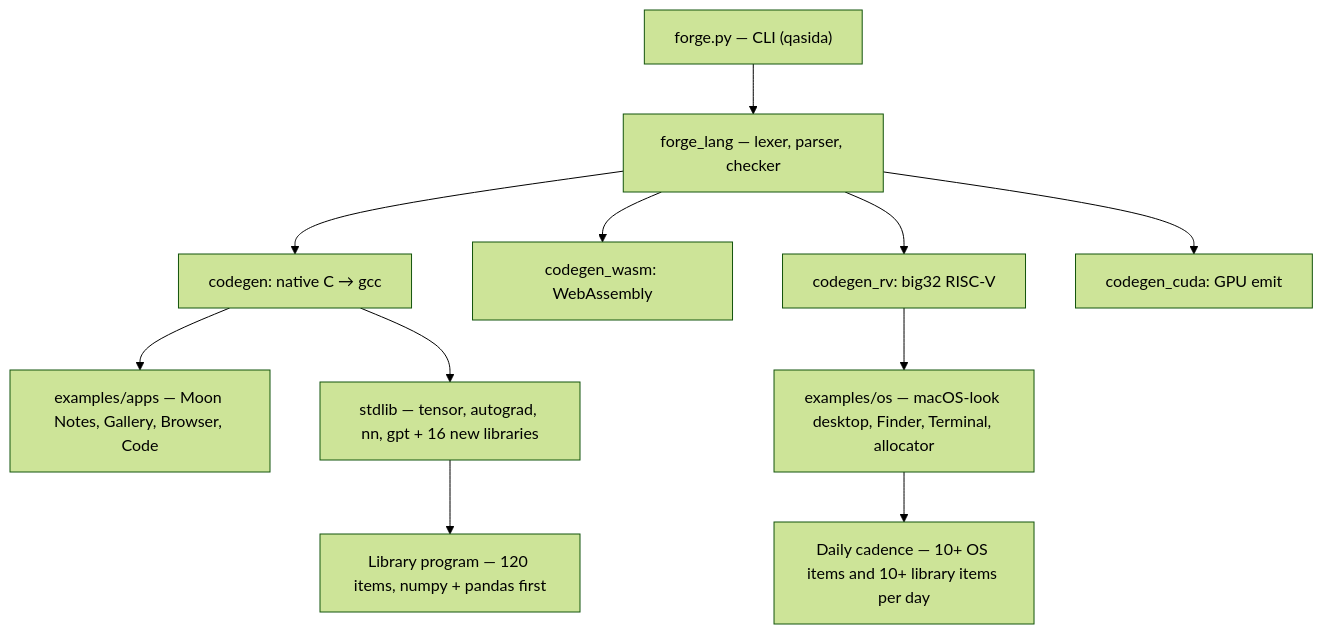
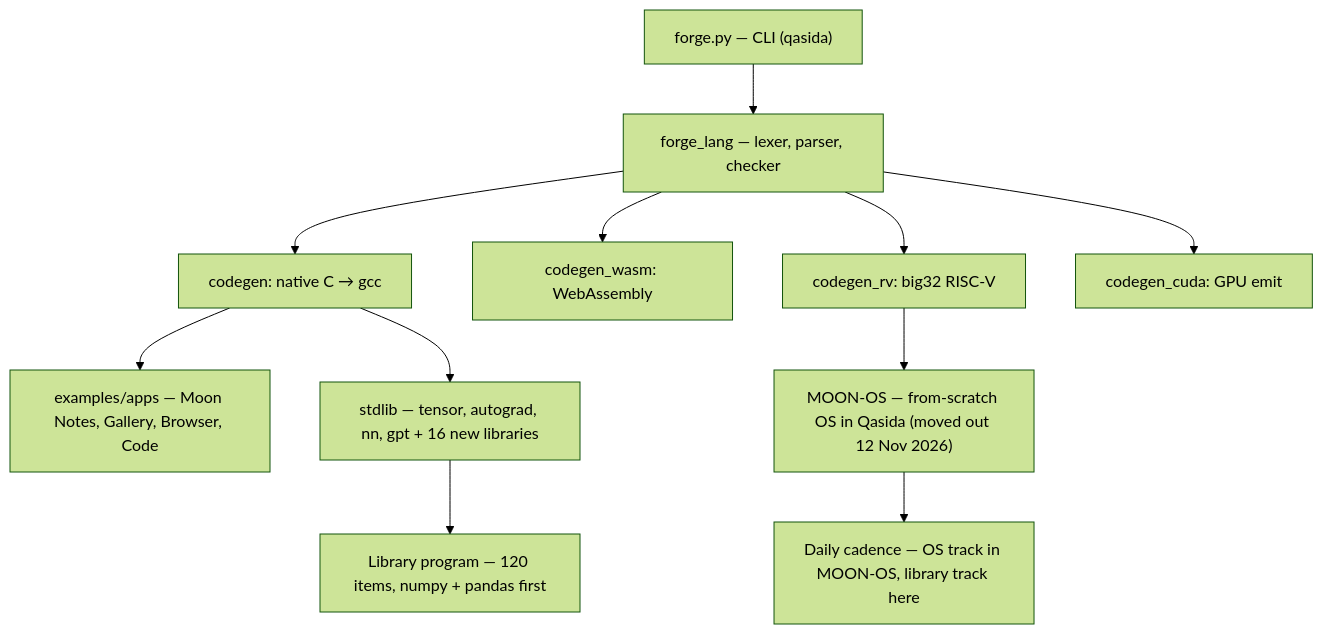
One commit to themythofsisyphusjayant/RED-MOON- changed the second of 2 diagrams in README.md. Above: the diagram before and after it, drawn with Mermaid (forest theme). The commit also changed 313 other files, not shown here.

Commit message:
Qasida 2.2.0: compiler speed program (Steps 2-6) + OS moved to MOON-OS

````diff
--- a/README.md
+++ b/README.md
@@ -499,13 +499,13 @@
 ```mermaid
 flowchart TD
     CLI["forge.py — CLI (qasida)"] --> LANG["forge_lang — lexer, parser, checker"]
     LANG --> NAT["codegen: native C → gcc"]
     LANG --> WASM["codegen_wasm: WebAssembly"]
     LANG --> RV["codegen_rv: big32 RISC-V"]
     LANG --> CUDA["codegen_cuda: GPU emit"]
     NAT --> APPS["examples/apps — Moon Notes, Gallery, Browser, Code"]
     NAT --> ML["stdlib — tensor, autograd, nn, gpt + 16 new libraries"]
-    RV --> OS["examples/os — macOS-look desktop, Finder, Terminal, allocator"]
+    RV --> OS["MOON-OS — from-scratch OS in Qasida (moved out 12 Nov 2026)"]
     ML --> LIBS["Library program — 120 items, numpy + pandas first"]
-    OS --> DAILY["Daily cadence — 10+ OS items and 10+ library items per day"]
+    OS --> DAILY["Daily cadence — OS track in MOON-OS, library track here"]
 ```
````
